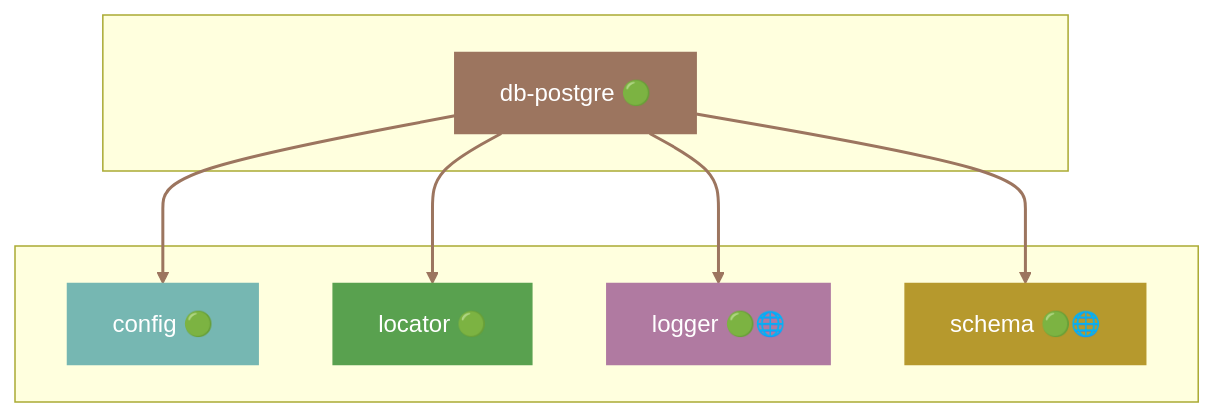
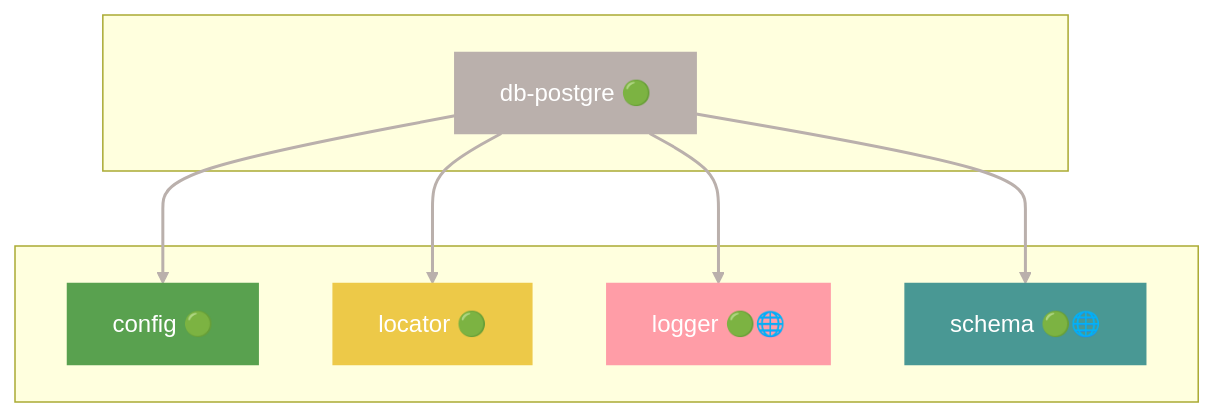
One commit to grest-ts/grest-ts changed diagram 11 of 43 in docs/DEPENDENCIES.md. Above: the diagram before and after it, drawn with Mermaid. The commit also changed other lines of this file and 86 other files, not shown here.

````diff
--- a/docs/DEPENDENCIES.md
+++ b/docs/DEPENDENCIES.md
@@ -663,25 +713,25 @@
 ```mermaid
 flowchart TB
     subgraph Package[" "]
         db-postgre["db-postgre 🟢"]
     end
     subgraph Dependencies[" "]
         config["config 🟢"]
         locator["locator 🟢"]
         logger["logger 🟢🌐"]
         schema["schema 🟢🌐"]
     end
     db-postgre --> config
     db-postgre --> locator
     db-postgre --> logger
     db-postgre --> schema
-    style db-postgre fill:#9C755F,stroke:#9C755F,color:#fff
-    style config fill:#76B7B2,stroke:#76B7B2,color:#fff
-    style locator fill:#59A14F,stroke:#59A14F,color:#fff
-    style logger fill:#B07AA1,stroke:#B07AA1,color:#fff
-    style schema fill:#B6992D,stroke:#B6992D,color:#fff
-    linkStyle 0 stroke:#9C755F,stroke-width:2px
-    linkStyle 1 stroke:#9C755F,stroke-width:2px
-    linkStyle 2 stroke:#9C755F,stroke-width:2px
-    linkStyle 3 stroke:#9C755F,stroke-width:2px
+    style db-postgre fill:#BAB0AC,stroke:#BAB0AC,color:#fff
+    style config fill:#59A14F,stroke:#59A14F,color:#fff
+    style locator fill:#EDC948,stroke:#EDC948,color:#fff
+    style logger fill:#FF9DA7,stroke:#FF9DA7,color:#fff
+    style schema fill:#499894,stroke:#499894,color:#fff
+    linkStyle 0 stroke:#BAB0AC,stroke-width:2px
+    linkStyle 1 stroke:#BAB0AC,stroke-width:2px
+    linkStyle 2 stroke:#BAB0AC,stroke-width:2px
+    linkStyle 3 stroke:#BAB0AC,stroke-width:2px
 ```
````
